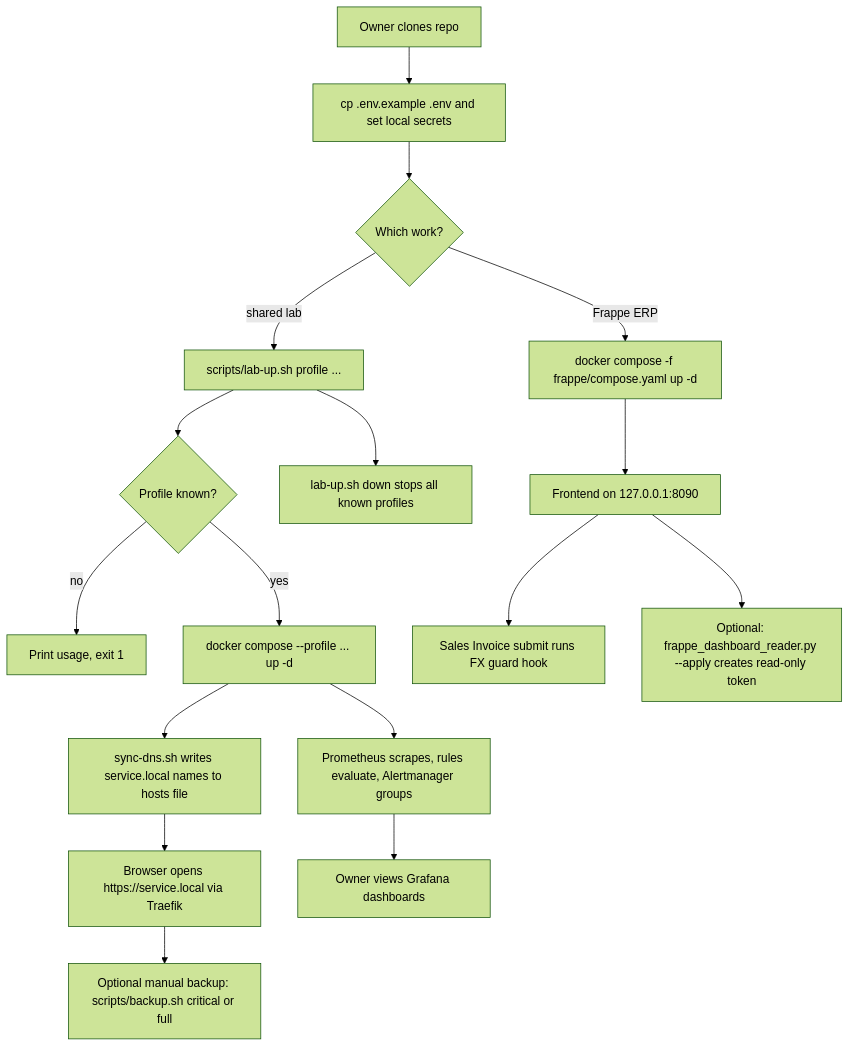
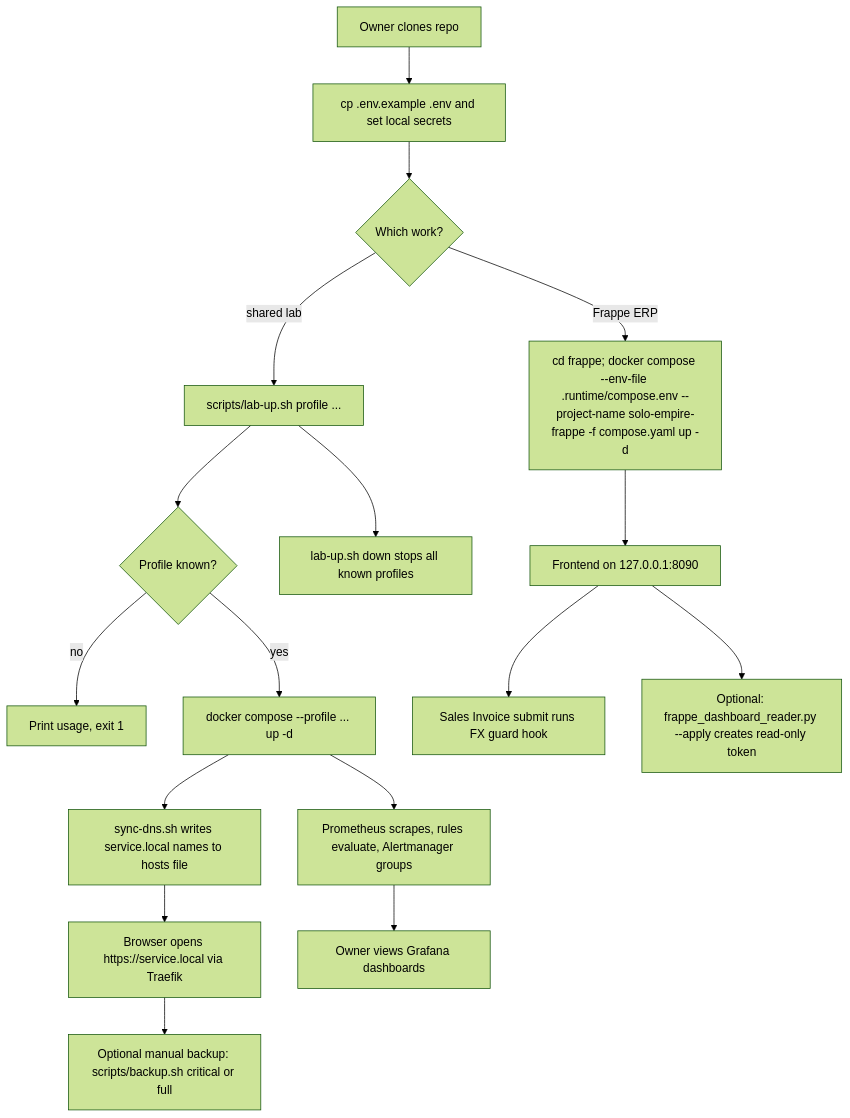
One commit to bookchaowalit/platform-homelab-infra changed the first of 3 diagrams in docs/diagrams/01-business-process.md. Above: the diagram before and after it, drawn with Mermaid (forest theme). The commit also changed 1 other file, not shown here.

Commit message:
docs: correct Core 22 pack per Codex review

````diff
--- a/docs/diagrams/01-business-process.md
+++ b/docs/diagrams/01-business-process.md
@@ -8,19 +8,19 @@
 ```mermaid
 flowchart TD
     A["Owner clones repo"] --> B["cp .env.example .env and set local secrets"]
     B --> C{"Which work?"}
     C -->|"shared lab"| D["scripts/lab-up.sh profile ..."]
-    C -->|"Frappe ERP"| F1["docker compose -f frappe/compose.yaml up -d"]
+    C -->|"Frappe ERP"| F1["cd frappe; docker compose --env-file .runtime/compose.env --project-name solo-empire-frappe -f compose.yaml up -d"]
     D --> D1{"Profile known?"}
     D1 -->|"no"| D2["Print usage, exit 1"]
     D1 -->|"yes"| D3["docker compose --profile ... up -d"]
     D3 --> E["sync-dns.sh writes service.local names to hosts file"]
     E --> G["Browser opens https://service.local via Traefik"]
     D3 --> H["Prometheus scrapes, rules evaluate, Alertmanager groups"]
     H --> I["Owner views Grafana dashboards"]
     F1 --> F2["Frontend on 127.0.0.1:8090"]
     F2 --> F3["Sales Invoice submit runs FX guard hook"]
     F2 --> F4["Optional: frappe_dashboard_reader.py --apply creates read-only token"]
     G --> J["Optional manual backup: scripts/backup.sh critical or full"]
     D --> K["lab-up.sh down stops all known profiles"]
 ```
````
